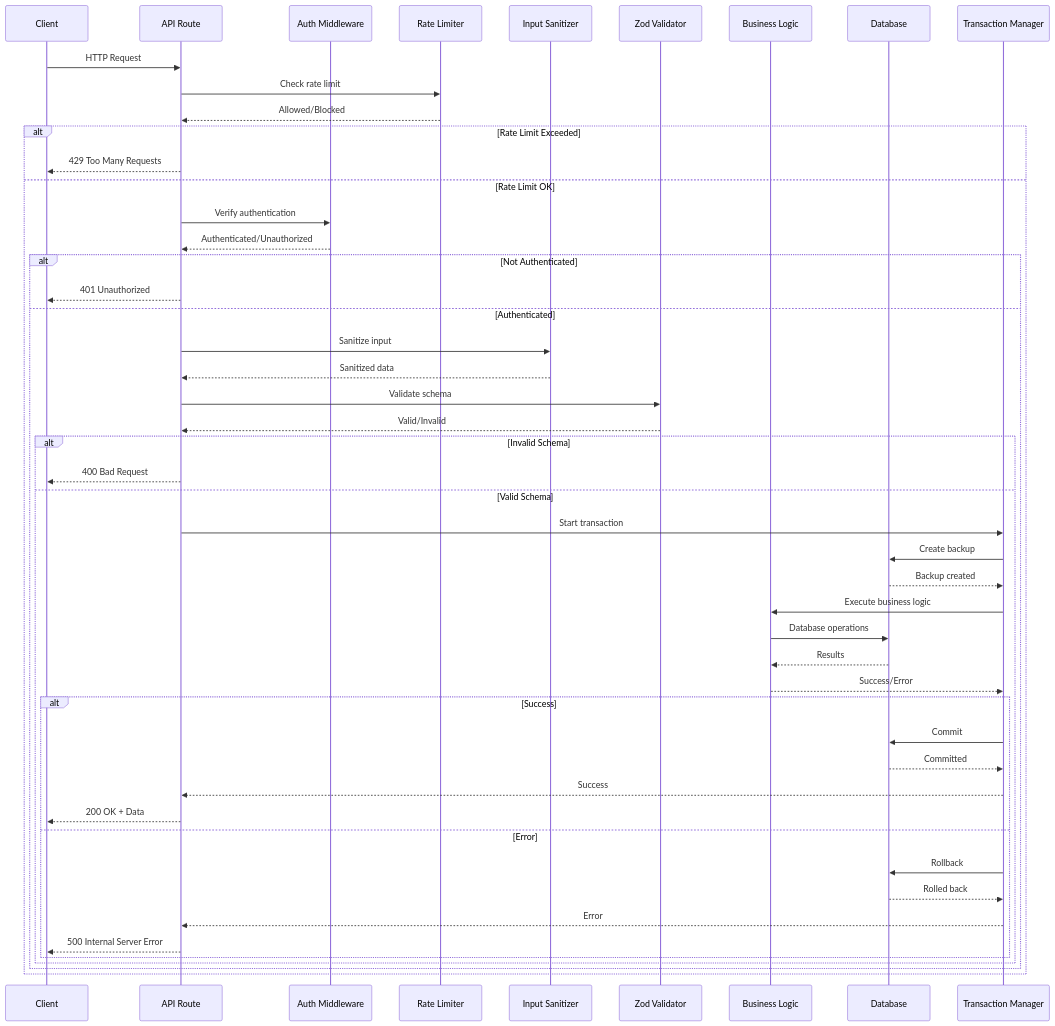
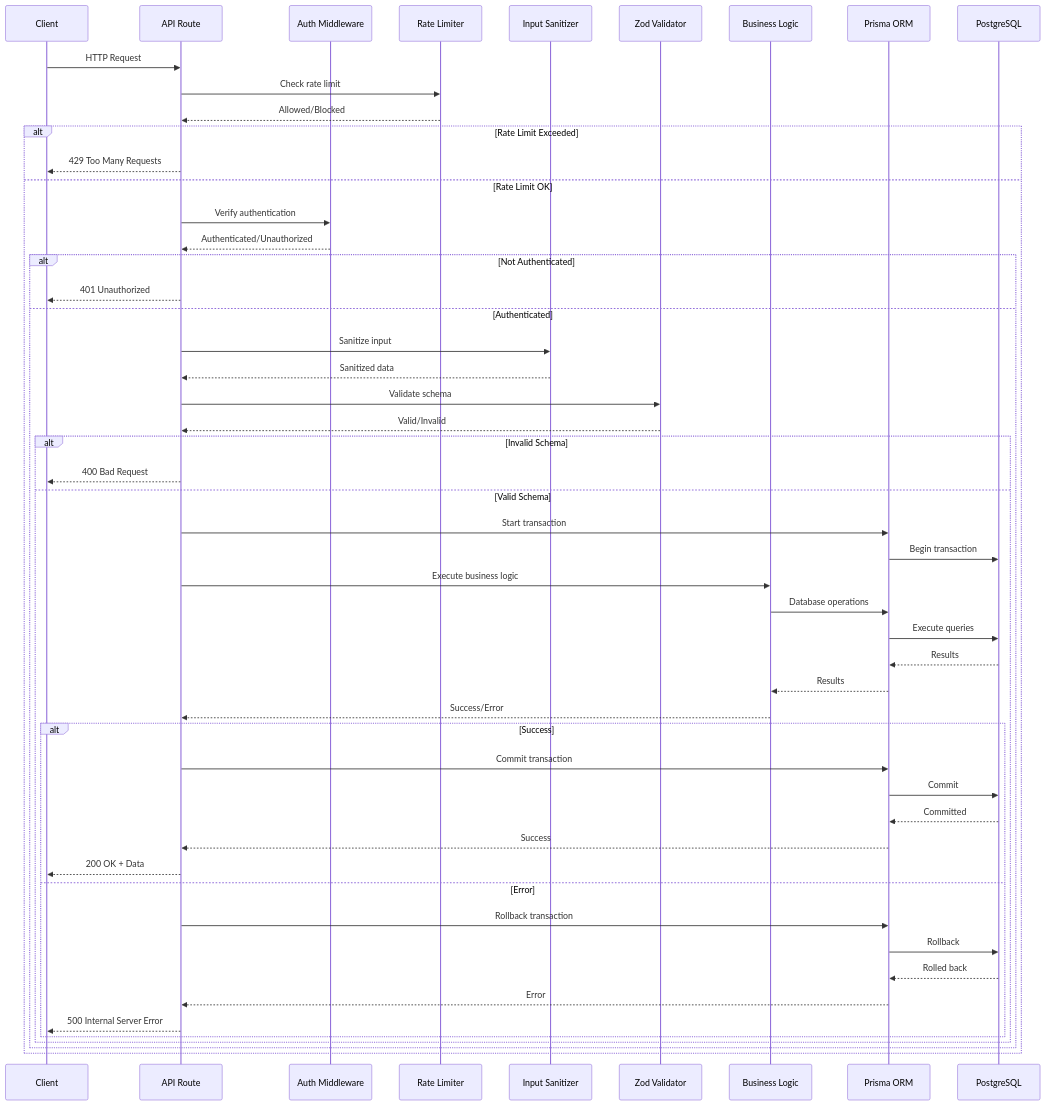
One commit to UziB26/leagueladder changed the sixth of 17 diagrams in doc/architecture.md. Above: the diagram before and after it, drawn with Mermaid. The commit also changed other lines of this file and 7 other files, not shown here.

````diff
--- a/doc/architecture.md
+++ b/doc/architecture.md
@@ -366,52 +437,55 @@
 ```mermaid
 sequenceDiagram
     participant Client
     participant API as API Route
     participant Auth as Auth Middleware
     participant RateLimit as Rate Limiter
     participant Sanitize as Input Sanitizer
     participant Validate as Zod Validator
     participant Business as Business Logic
-    participant DB as Database
-    participant Transaction as Transaction Manager
+    participant Prisma as Prisma ORM
+    participant DB as PostgreSQL
 
     Client->>API: HTTP Request
     API->>RateLimit: Check rate limit
     RateLimit-->>API: Allowed/Blocked
     alt Rate Limit Exceeded
         API-->>Client: 429 Too Many Requests
     else Rate Limit OK
         API->>Auth: Verify authentication
         Auth-->>API: Authenticated/Unauthorized
         alt Not Authenticated
             API-->>Client: 401 Unauthorized
         else Authenticated
             API->>Sanitize: Sanitize input
             Sanitize-->>API: Sanitized data
             API->>Validate: Validate schema
             Validate-->>API: Valid/Invalid
             alt Invalid Schema
                 API-->>Client: 400 Bad Request
             else Valid Schema
-                API->>Transaction: Start transaction
-                Transaction->>DB: Create backup
-                DB-->>Transaction: Backup created
-                Transaction->>Business: Execute business logic
-                Business->>DB: Database operations
-                DB-->>Business: Results
-                Business-->>Transaction: Success/Error
+                API->>Prisma: Start transaction
+                Prisma->>DB: Begin transaction
+                API->>Business: Execute business logic
+                Business->>Prisma: Database operations
+                Prisma->>DB: Execute queries
+                DB-->>Prisma: Results
+                Prisma-->>Business: Results
+                Business-->>API: Success/Error
                 alt Success
-                    Transaction->>DB: Commit
-                    DB-->>Transaction: Committed
-                    Transaction-->>API: Success
+                    API->>Prisma: Commit transaction
+                    Prisma->>DB: Commit
+                    DB-->>Prisma: Committed
+                    Prisma-->>API: Success
                     API-->>Client: 200 OK + Data
                 else Error
-                    Transaction->>DB: Rollback
-                    DB-->>Transaction: Rolled back
-                    Transaction-->>API: Error
+                    API->>Prisma: Rollback transaction
+                    Prisma->>DB: Rollback
+                    DB-->>Prisma: Rolled back
+                    Prisma-->>API: Error
                     API-->>Client: 500 Internal Server Error
                 end
             end
         end
     end
 ```
````
